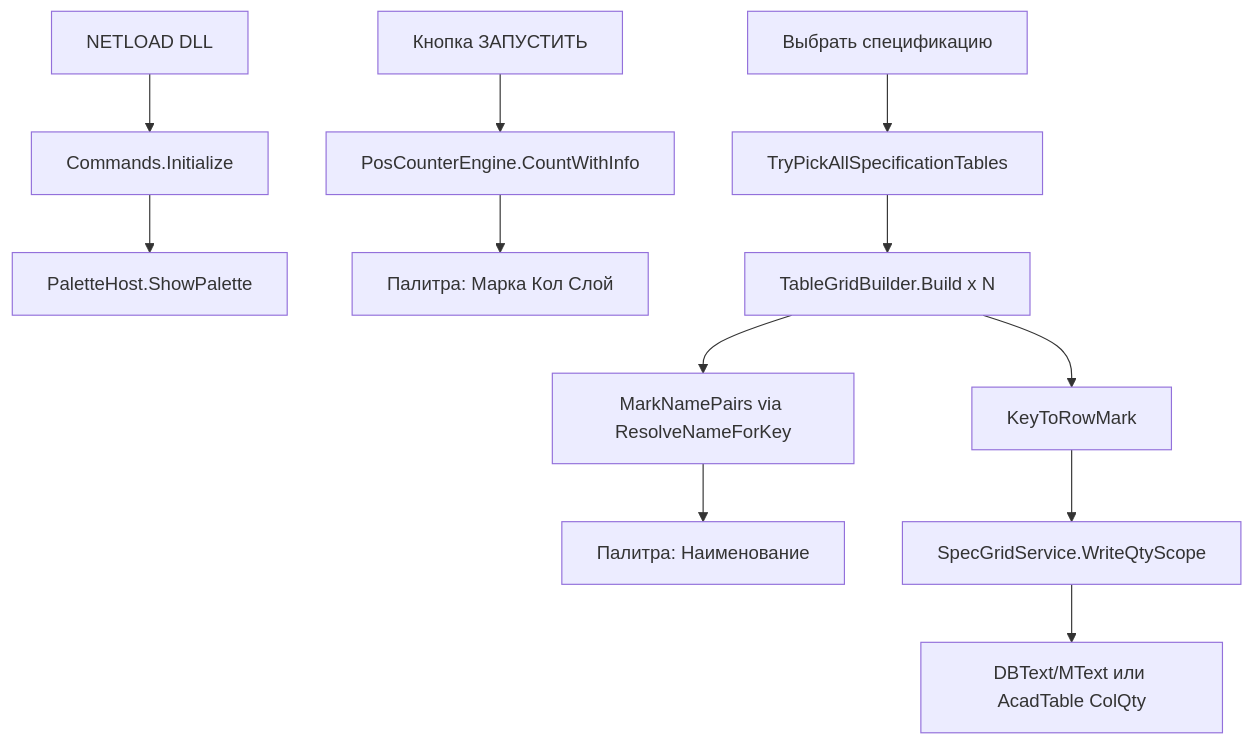
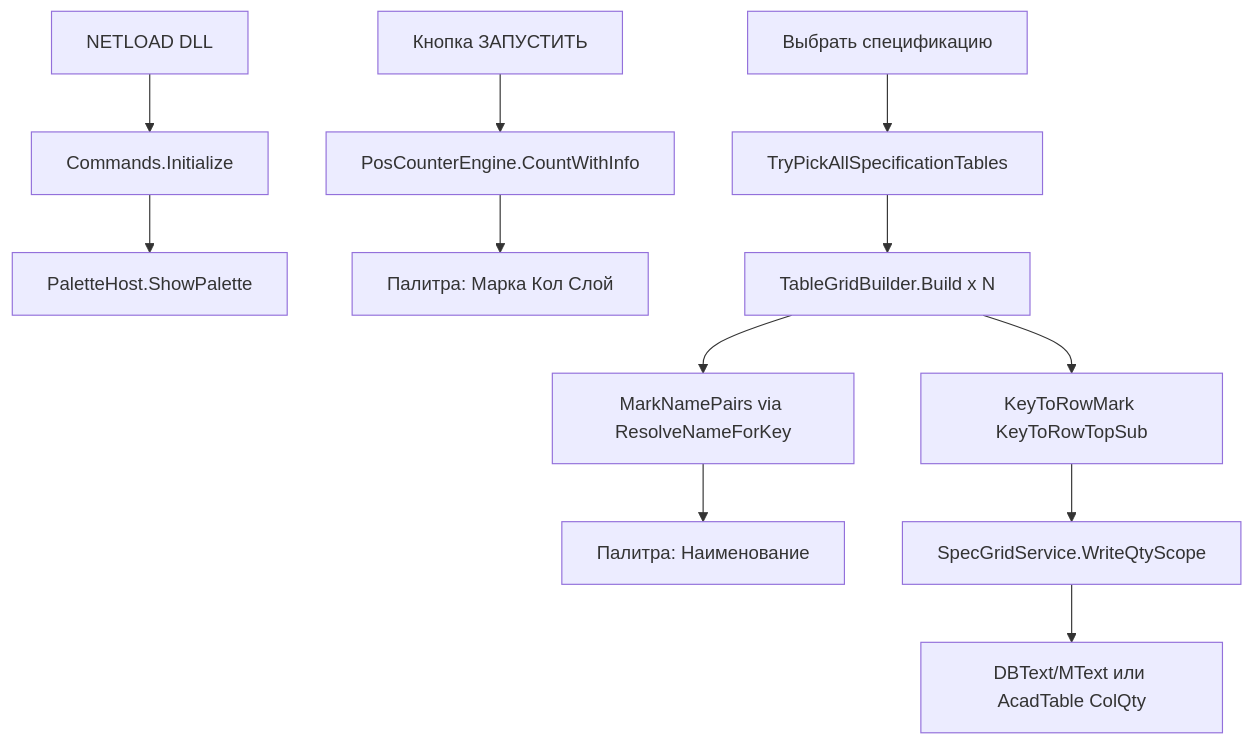
The diagram in .cursor/plans/factual_program_architecture.plan.md (irina-by/irina-by-pos-counter-specification-addition-2), drawn with Mermaid before and after one commit. The commit also changed other lines of this file and 43 other files, not shown here.

````diff
--- a/.cursor/plans/factual_program_architecture.plan.md
+++ b/.cursor/plans/factual_program_architecture.plan.md
@@ -18,14 +19,14 @@
 ```mermaid
 flowchart TD
     NETLOAD[NETLOAD DLL] --> Init[Commands.Initialize]
     Init --> Palette[PaletteHost.ShowPalette]
     Run[Кнопка ЗАПУСТИТЬ] --> Engine[PosCounterEngine.CountWithInfo]
     Engine --> UI1[Палитра: Марка Кол Слой]
     Spec[Выбрать спецификацию] --> Pick[TryPickAllSpecificationTables]
     Pick --> Build[TableGridBuilder.Build x N]
     Build --> Names[MarkNamePairs via ResolveNameForKey]
-    Build --> Keys[KeyToRowMark]
+    Build --> Keys[KeyToRowMark KeyToRowTopSub]
     Names --> UI2[Палитра: Наименование]
     Keys --> Qty[SpecGridService.WriteQtyScope]
     Qty --> DWG[DBText/MText или AcadTable ColQty]
 ```
````
